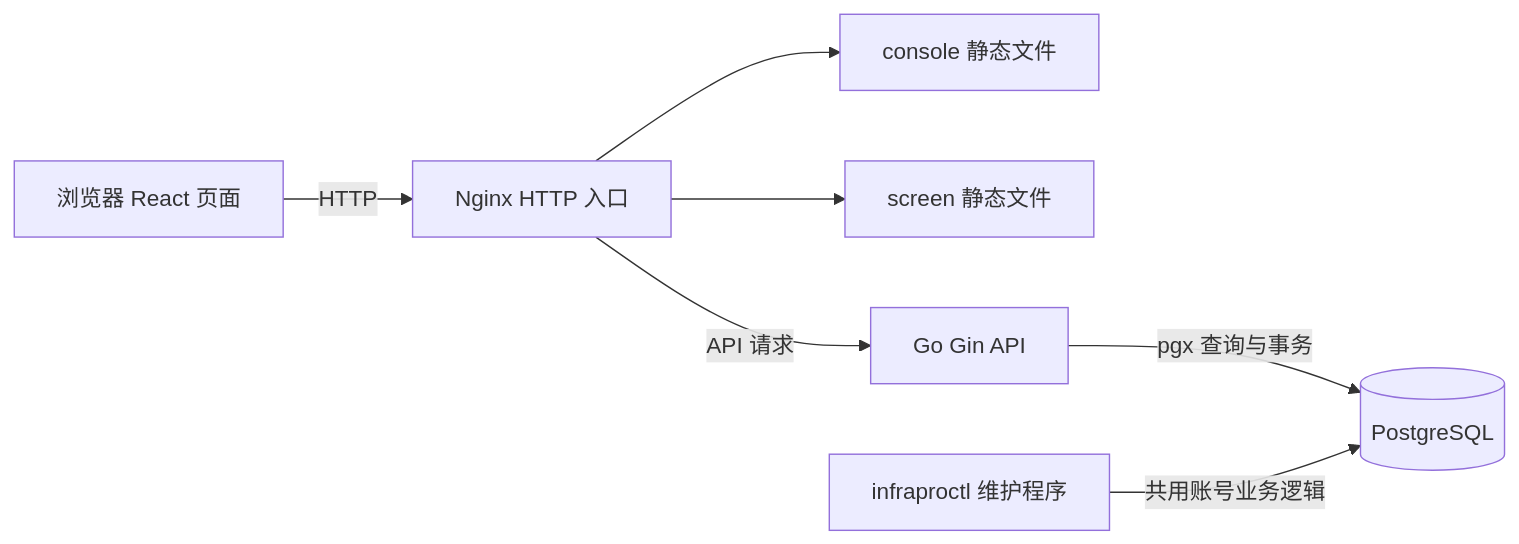
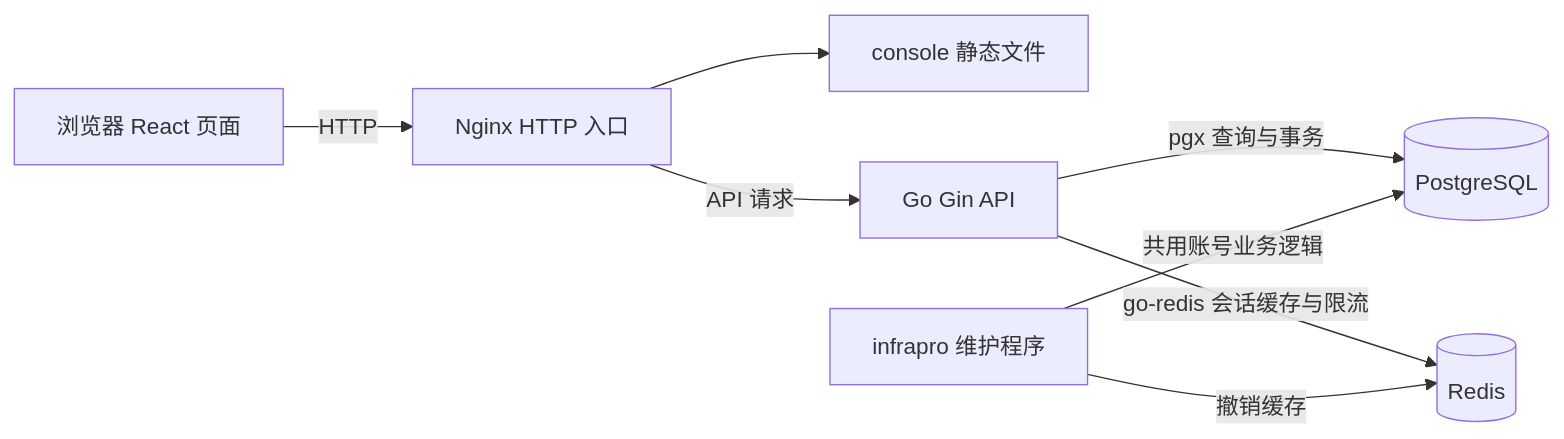
The diagram in docs/requirements/account-management-plan.md (WenshuaiDev/InfraPro), drawn with Mermaid before and after one commit. The commit also changed other lines of this file and 248 other files, not shown here.

````diff
--- a/docs/requirements/account-management-plan.md
+++ b/docs/requirements/account-management-plan.md
@@ -201,9 +209,10 @@
 ```mermaid
 flowchart LR
     B[浏览器 React 页面] -->|HTTP| N[Nginx HTTP 入口]
     N --> C[console 静态文件]
-    N --> S[screen 静态文件]
     N -->|API 请求| A[Go Gin API]
     A -->|pgx 查询与事务| D[(PostgreSQL)]
-    M[infraproctl 维护程序] -->|共用账号业务逻辑| D
+    A -->|go-redis 会话缓存与限流| R[(Redis)]
+    M[infrapro 维护程序] -->|共用账号业务逻辑| D
+    M -->|撤销缓存| R
 ```
````
